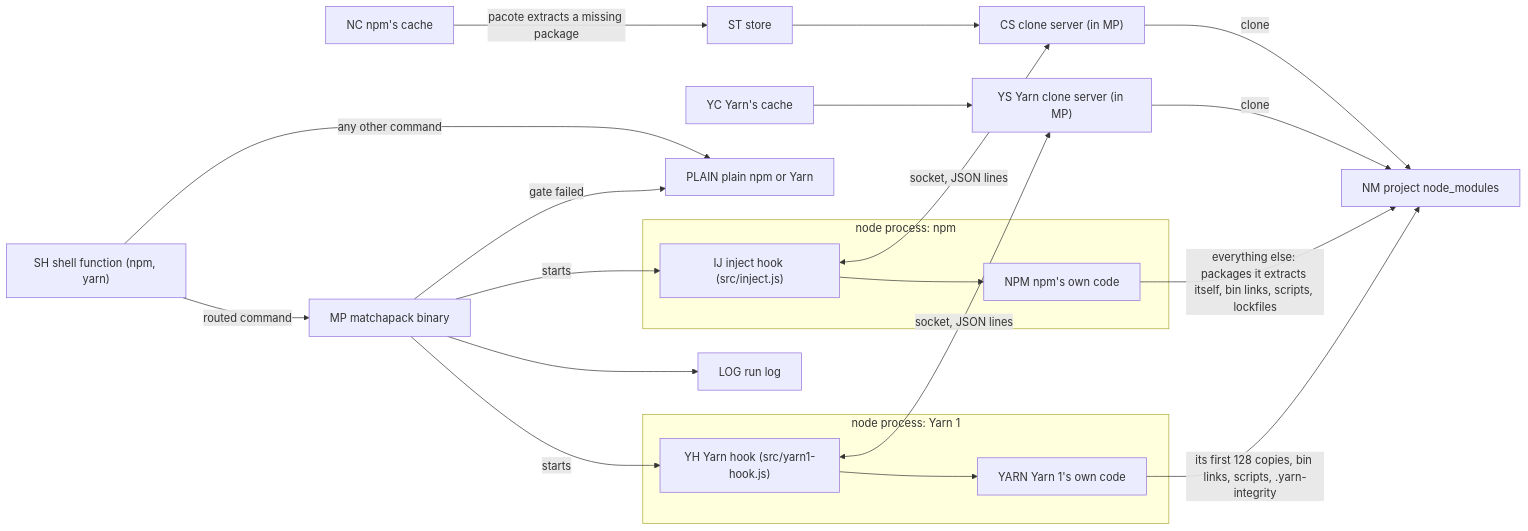
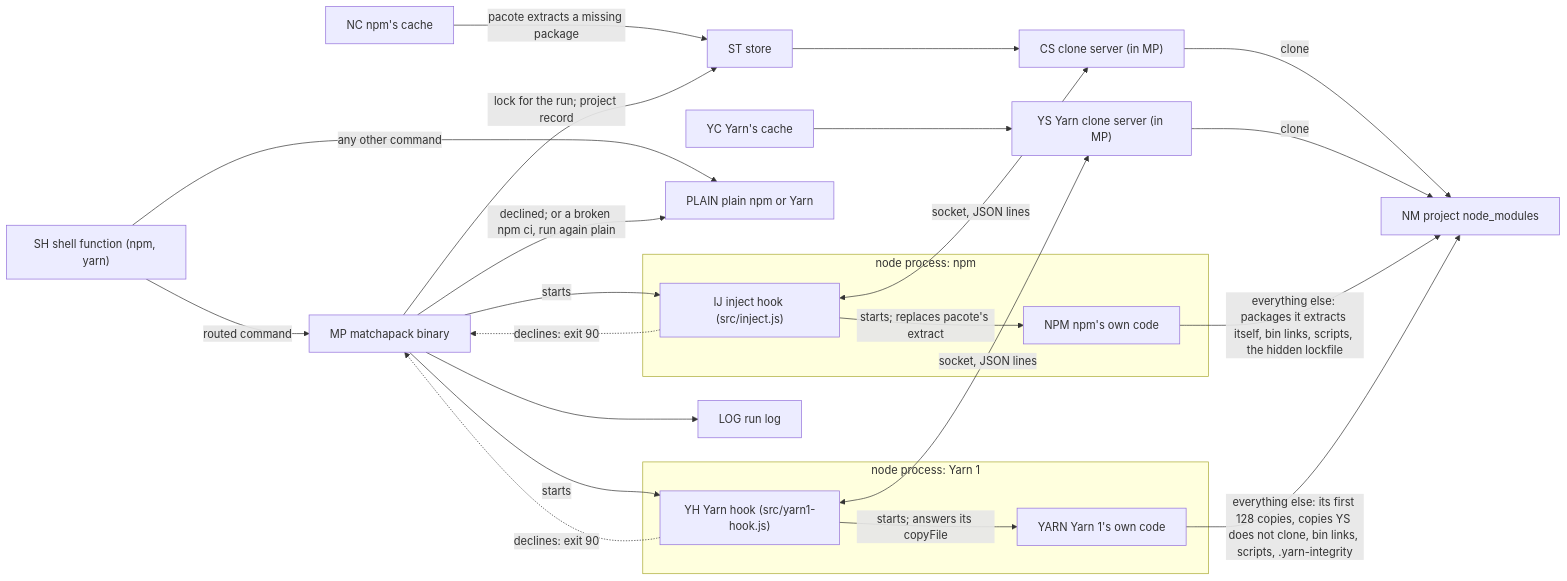
One commit to grimmerk/matchapack changed the diagram in docs/architecture.md. Above: the diagram before and after it, drawn with Mermaid. The commit also changed other lines of this file and 1 other file, not shown here.

First line of the commit message:
architecture: diagrams D1-D3 checked against the code

````diff
--- a/docs/architecture.md
+++ b/docs/architecture.md
@@ -52,24 +52,27 @@
 ```mermaid
 flowchart LR
   SH["SH shell function (npm, yarn)"] -->|routed command| MP["MP matchapack binary"]
   SH -->|any other command| PLAIN["PLAIN plain npm or Yarn"]
-  MP -->|gate failed| PLAIN
+  MP -->|"declined; or a broken npm ci, run again plain"| PLAIN
   subgraph npmproc ["node process: npm"]
-    IJ["IJ inject hook (src/inject.js)"] --> NPM["NPM npm's own code"]
+    IJ["IJ inject hook (src/inject.js)"] -->|"starts; replaces pacote's extract"| NPM["NPM npm's own code"]
   end
   subgraph yarnproc ["node process: Yarn 1"]
-    YH["YH Yarn hook (src/yarn1-hook.js)"] --> YARN["YARN Yarn 1's own code"]
+    YH["YH Yarn hook (src/yarn1-hook.js)"] -->|"starts; answers its copyFile"| YARN["YARN Yarn 1's own code"]
   end
   MP -->|starts| IJ
   MP -->|starts| YH
+  IJ -.->|"declines: exit 90"| MP
+  YH -.->|"declines: exit 90"| MP
   IJ <-->|socket, JSON lines| CS["CS clone server (in MP)"]
   YH <-->|socket, JSON lines| YS["YS Yarn clone server (in MP)"]
   NC["NC npm's cache"] -->|pacote extracts a missing package| ST["ST store"]
   CS -->|clone| NM["NM project node_modules"]
   ST --> CS
+  MP -->|"lock for the run; project record"| ST
   YC["YC Yarn's cache"] --> YS
   YS -->|clone| NM
-  NPM -->|"everything else: packages it extracts itself, bin links, scripts, lockfiles"| NM
-  YARN -->|"its first 128 copies, bin links, scripts, .yarn-integrity"| NM
+  NPM -->|"everything else: packages it extracts itself, bin links, scripts, the hidden lockfile"| NM
+  YARN -->|"everything else: its first 128 copies, copies YS does not clone, bin links, scripts, .yarn-integrity"| NM
   MP --> LOG["LOG run log"]
 ```
````
